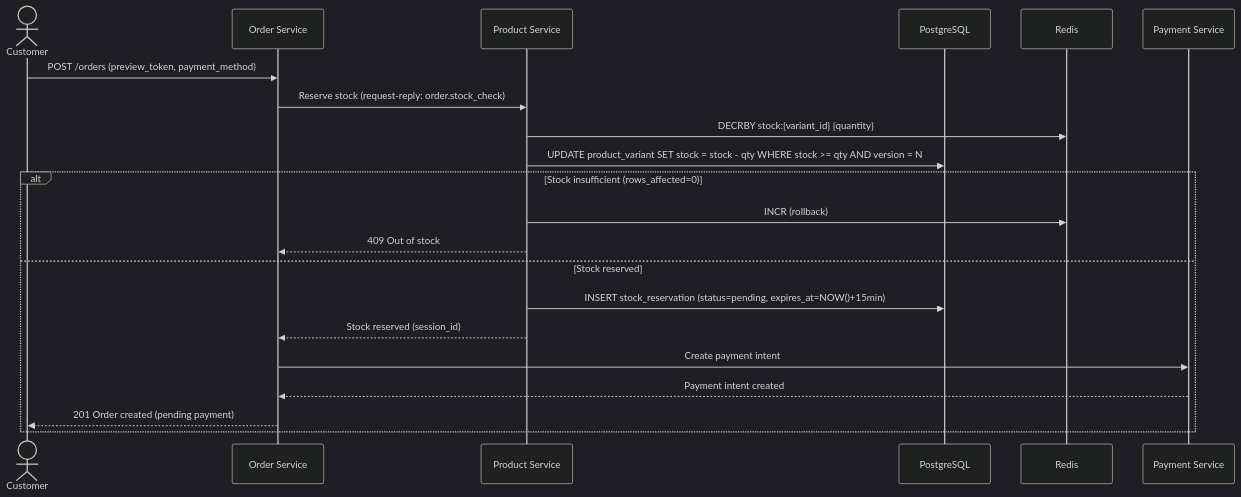
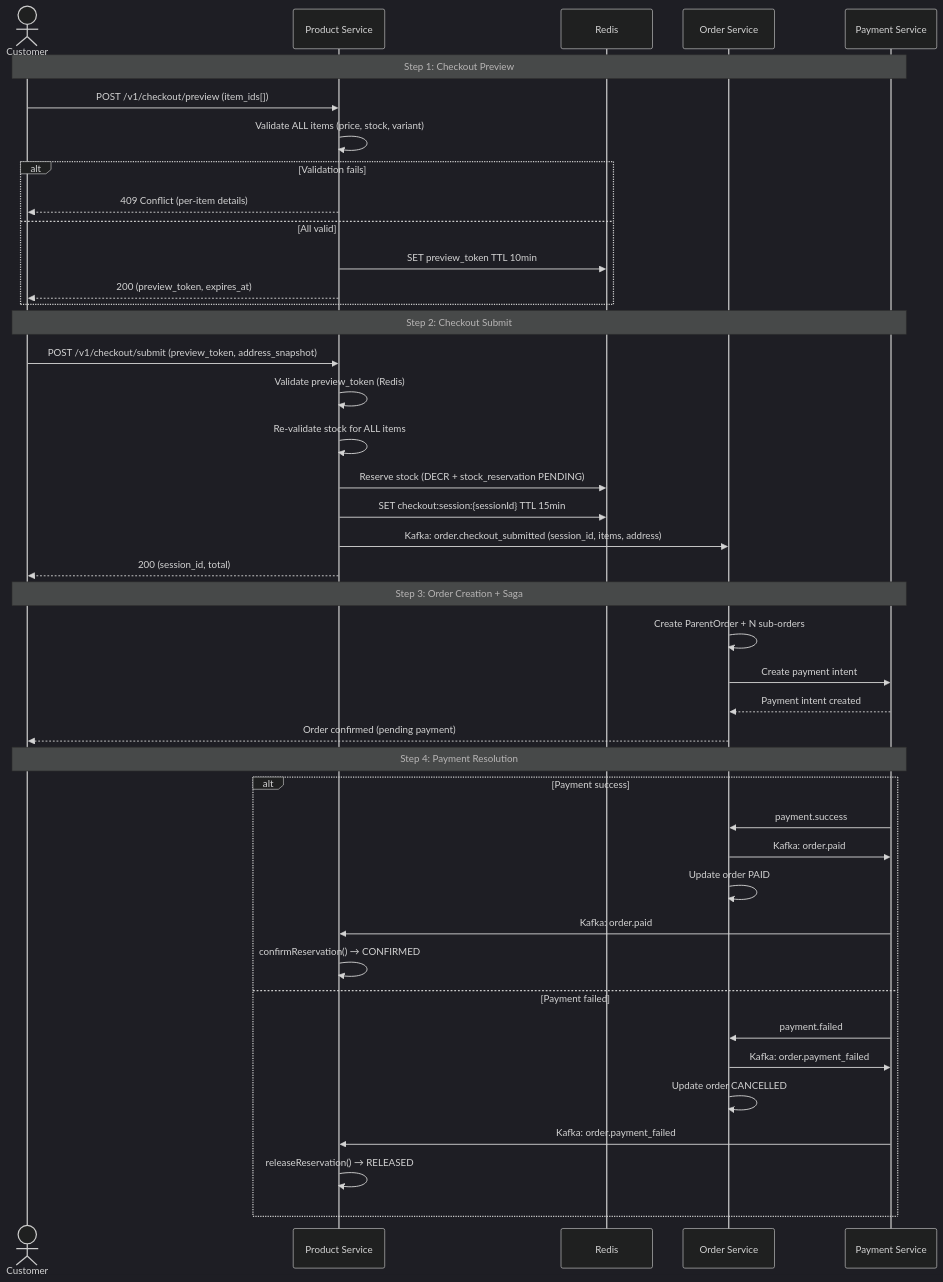
Before and after one commit to ldqanh1408/stealing-from-paradise: the ninth of 14 diagrams in documents/overview/FLOWS.md, drawn with Mermaid (dark theme). The commit also changed other lines of this file and 27 other files, not shown here.

Commit message:
implementation for checkout preview and checkout submit

````diff
--- a/documents/overview/FLOWS.md
+++ b/documents/overview/FLOWS.md
@@ -181,24 +181,48 @@
 ```mermaid
 sequenceDiagram
     actor Customer
+    participant PS as Product Service
+    participant Redis
     participant OS as Order Service
-    participant PS as Product Service
-    participant PG as PostgreSQL
-    participant Redis
     participant PayS as Payment Service
 
-    Customer->>OS: POST /orders (preview_token, payment_method)
-    OS->>PS: Reserve stock (request-reply: order.stock_check)
-    PS->>Redis: DECRBY stock:{variant_id} {quantity}
-    PS->>PG: UPDATE product_variant SET stock = stock - qty WHERE stock >= qty AND version = N
-    alt Stock insufficient (rows_affected=0)
-        PS->>Redis: INCR (rollback)
-        PS-->>OS: 409 Out of stock
-    else Stock reserved
-        PS->>PG: INSERT stock_reservation (status=pending, expires_at=NOW()+15min)
-        PS-->>OS: Stock reserved (session_id)
-        OS->>PayS: Create payment intent
-        PayS-->>OS: Payment intent created
-        OS-->>Customer: 201 Order created (pending payment)
+    Note over Customer,PayS: Step 1: Checkout Preview
+    Customer->>PS: POST /v1/checkout/preview (item_ids[])
+    PS->>PS: Validate ALL items (price, stock, variant)
+    alt Validation fails
+        PS-->>Customer: 409 Conflict (per-item details)
+    else All valid
+        PS->>Redis: SET preview_token TTL 10min
+        PS-->>Customer: 200 (preview_token, expires_at)
+    end
+
+    Note over Customer,PayS: Step 2: Checkout Submit
+    Customer->>PS: POST /v1/checkout/submit (preview_token, address_snapshot)
+    PS->>PS: Validate preview_token (Redis)
+    PS->>PS: Re-validate stock for ALL items
+    PS->>Redis: Reserve stock (DECR + stock_reservation PENDING)
+    PS->>Redis: SET checkout:session:{sessionId} TTL 15min
+    PS->>OS: Kafka: order.checkout_submitted (session_id, items, address)
+    PS-->>Customer: 200 (session_id, total)
+
+    Note over Customer,PayS: Step 3: Order Creation + Saga
+    OS->>OS: Create ParentOrder + N sub-orders
+    OS->>PayS: Create payment intent
+    PayS-->>OS: Payment intent created
+    OS-->>Customer: Order confirmed (pending payment)
+
+    Note over Customer,PayS: Step 4: Payment Resolution
+    alt Payment success
+        PayS->>OS: payment.success
+        OS->>PayS: Kafka: order.paid
+        OS->>OS: Update order PAID
+        PayS->>PS: Kafka: order.paid
+        PS->>PS: confirmReservation() → CONFIRMED
+    else Payment failed
+        PayS->>OS: payment.failed
+        OS->>PayS: Kafka: order.payment_failed
+        OS->>OS: Update order CANCELLED
+        PayS->>PS: Kafka: order.payment_failed
+        PS->>PS: releaseReservation() → RELEASED
     end
 ```
````
